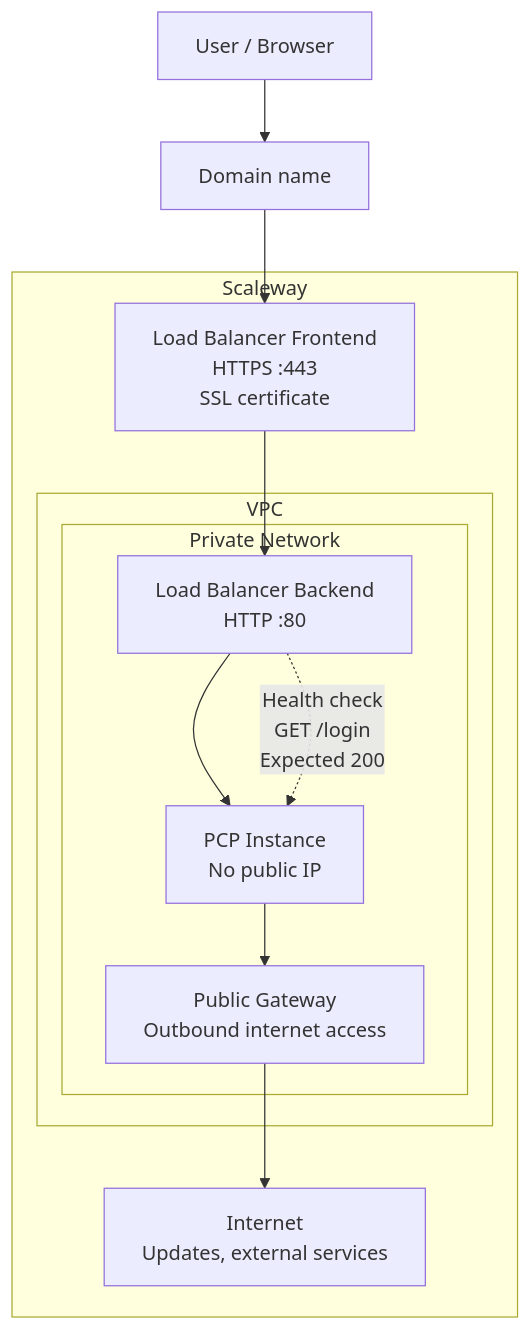
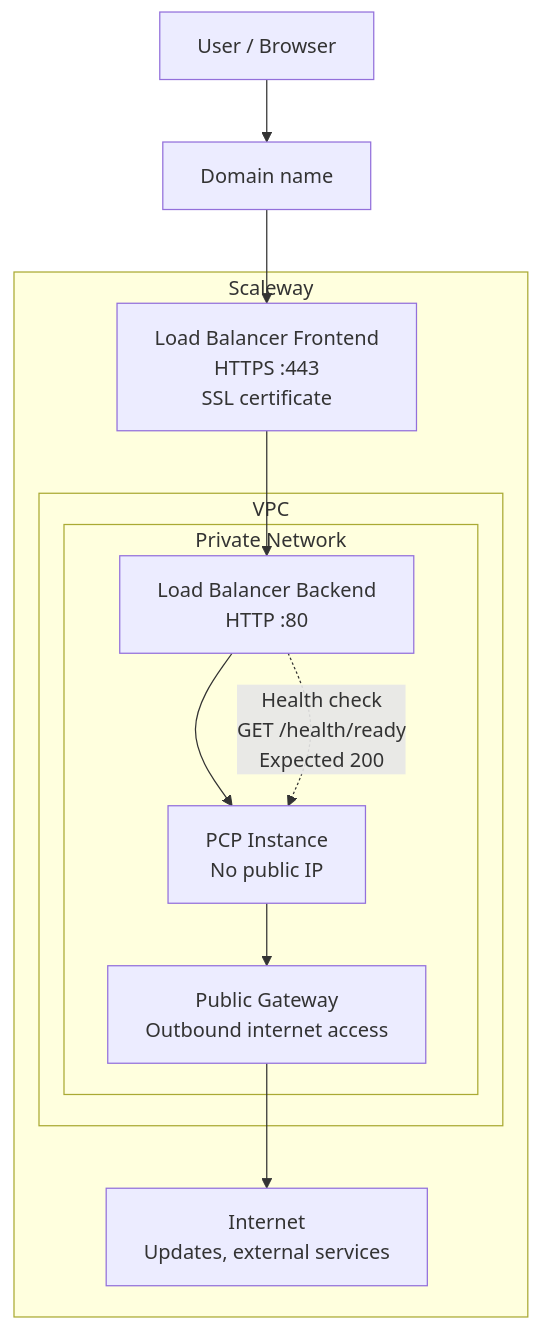
The diagram in content/docs/control-plane/guides/scaleway/https-access-to-a-private-network.md (PlakarKorp/plakar.io), drawn with Mermaid before and after one commit. The commit also changed other lines of this file, not shown here.

Commit message:
use the new /health/ready to get control plane status

```diff
--- a/content/docs/control-plane/guides/scaleway/https-access-to-a-private-network.md
+++ b/content/docs/control-plane/guides/scaleway/https-access-to-a-private-network.md
@@ -33,30 +33,30 @@
 {{< mermaid >}}
 flowchart TD
   User["User / Browser"]
   DNS["Domain name"]
 
   subgraph Scaleway["Scaleway"]
     LBFrontend["Load Balancer Frontend<br/>HTTPS :443<br/>SSL certificate"]
 
     subgraph VPC["VPC"]
       subgraph PN["Private Network"]
         LBBackend["Load Balancer Backend<br/>HTTP :80"]
         PCP["PCP Instance<br/>No public IP"]
         Gateway["Public Gateway<br/>Outbound internet access"]
       end
     end
 
     Internet["Internet<br/>Updates, external services"]
   end
 
   User --> DNS
   DNS --> LBFrontend
 
   LBFrontend --> LBBackend
   LBBackend --> PCP
 
   PCP --> Gateway
   Gateway --> Internet
 
-  LBBackend -. "Health check<br/>GET /login<br/>Expected 200" .-> PCP
+  LBBackend -. "Health check<br/>GET /health/ready<br/>Expected 200" .-> PCP
 {{< /mermaid >}}
```
